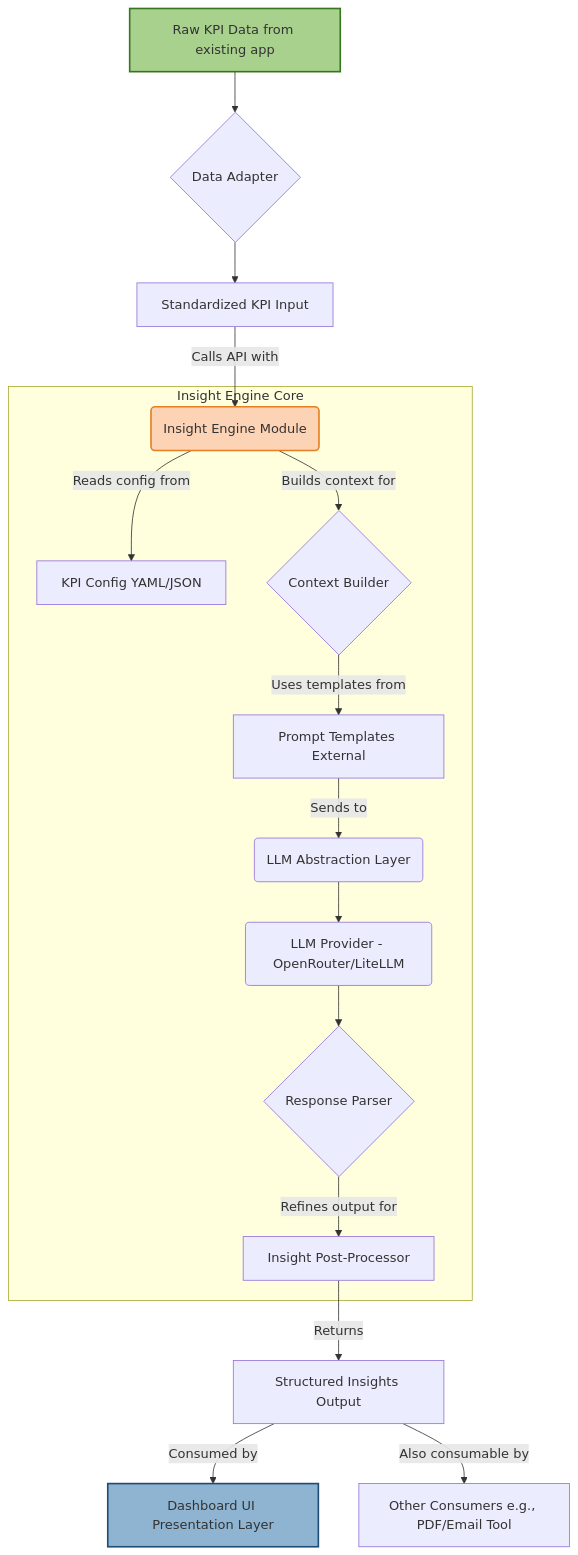
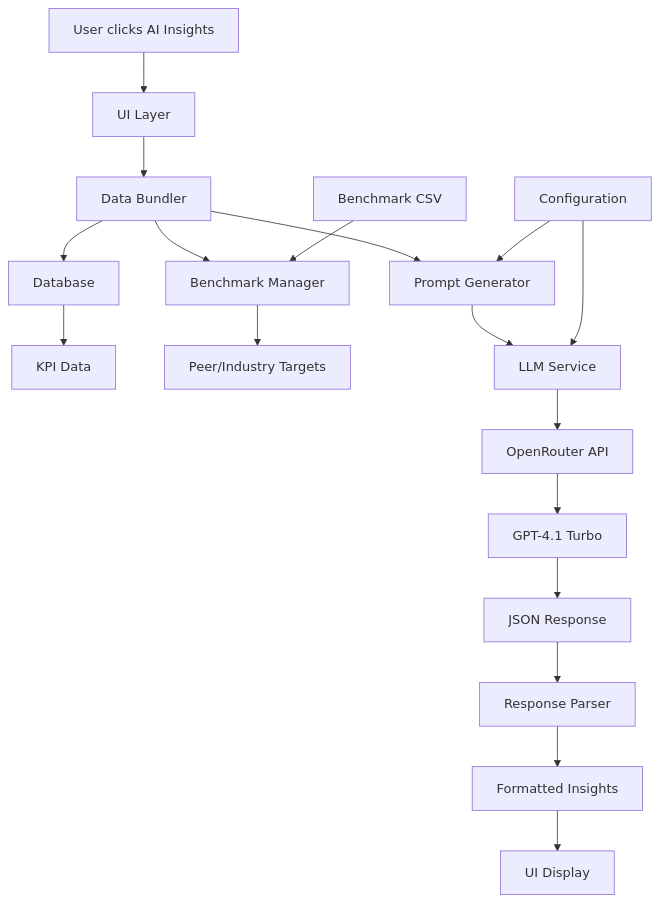
Before and after one commit to leebase/telecom-kpi: the diagram in docs/AI-Insights/ai-insightsArchitecture.md, drawn with Mermaid. The commit also changed other lines of this file and 10 other files, not shown here.

````diff
--- a/docs/AI-Insights/ai-insightsArchitecture.md
+++ b/docs/AI-Insights/ai-insightsArchitecture.md
@@ -16,25 +31,21 @@
 ```mermaid
-graph TD
-    A[Raw KPI Data from existing app] --> B{Data Adapter}
-    B --> C[Standardized KPI Input]
-
-    C -- Calls API with --> IE(Insight Engine Module)
-
-    subgraph Insight Engine Core
-        IE -- Reads config from --> D[KPI Config YAML/JSON]
-        IE -- Builds context for --> E{Context Builder}
-        E -- Uses templates from --> F[Prompt Templates External]
-        F -- Sends to --> G(LLM Abstraction Layer)
-        G --> H(LLM Provider - OpenRouter/LiteLLM)
-        H --> I{Response Parser}
-        I -- Refines output for --> J[Insight Post-Processor]
-    end
-
-    J -- Returns --> K[Structured Insights Output]
-    K -- Consumed by --> L[Dashboard UI Presentation Layer]
-    K -- Also consumable by --> M[Other Consumers e.g., PDF/Email Tool]
-
-    style A fill:#a9d18e,stroke:#38761d,stroke-width:2px
-    style L fill:#8eb4d1,stroke:#1d4c76,stroke-width:2px
-    style IE fill:#fcd3b4,stroke:#e67e22,stroke-width:2px
+graph TB
+    A[User clicks AI Insights] --> B[UI Layer]
+    B --> C[Data Bundler]
+    C --> D[Database]
+    C --> E[Benchmark Manager]
+    D --> F[KPI Data]
+    E --> G[Peer/Industry Targets]
+    C --> H[Prompt Generator]
+    H --> I[LLM Service]
+    I --> J[OpenRouter API]
+    J --> K[GPT-4.1 Turbo]
+    K --> L[JSON Response]
+    L --> M[Response Parser]
+    M --> N[Formatted Insights]
+    N --> O[UI Display]
+    
+    P[Configuration] --> H
+    P --> I
+    Q[Benchmark CSV] --> E
 ```
````
